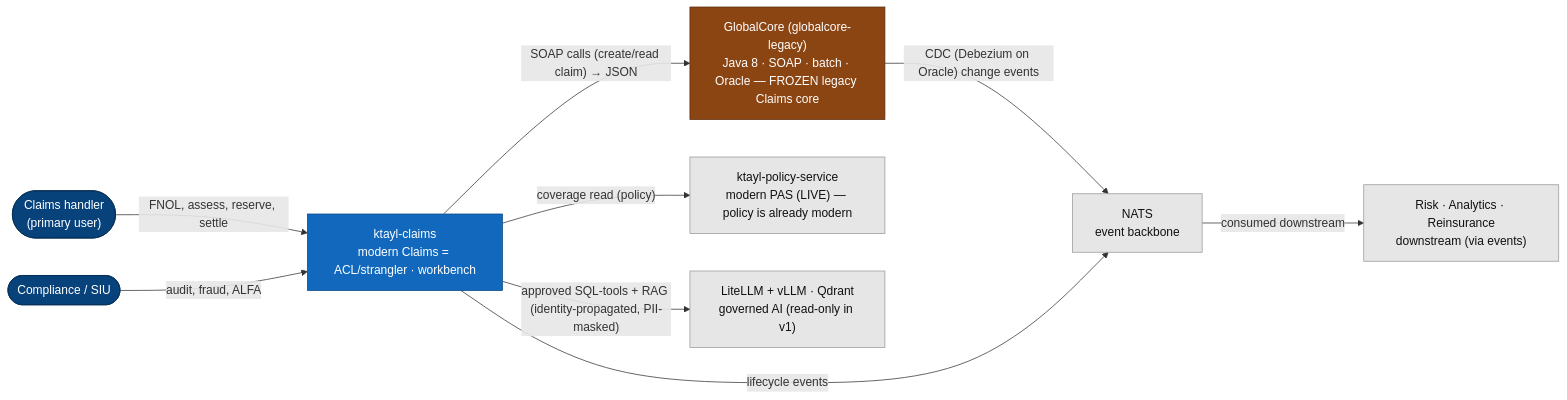
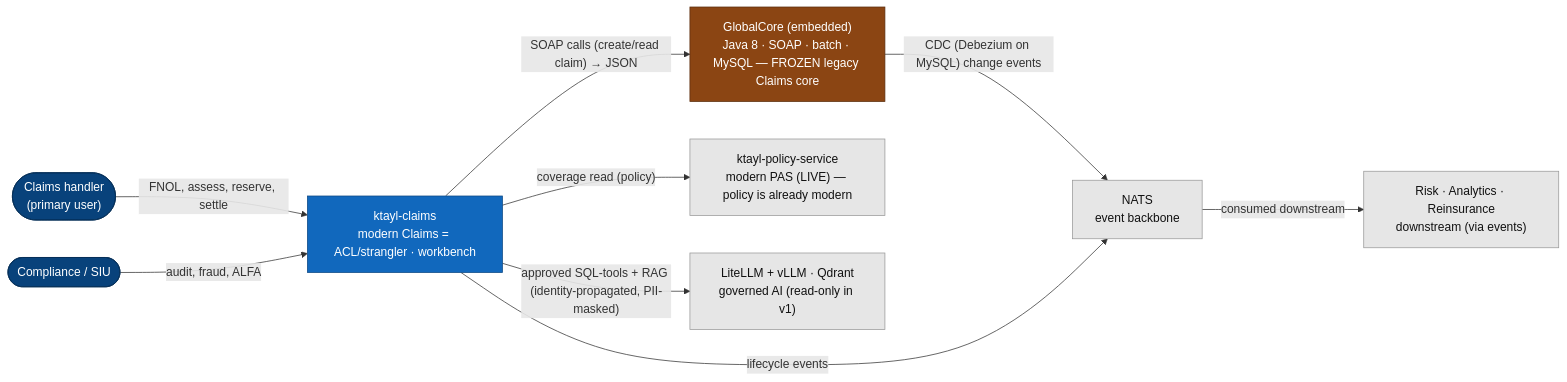
Before and after one commit to andrelair-platform/ktayl-claims: the first of 3 diagrams in docs/architecture/solution-architecture.md, drawn with Mermaid. The commit also changed other lines of this file and 3 other files, not shown here.

First line of the commit message:
docs(claims): reconcile legacy DB to MySQL 8 across ADR + PRD/SA/sprint (#25)

````diff
--- a/docs/architecture/solution-architecture.md
+++ b/docs/architecture/solution-architecture.md
@@ -33,31 +36,31 @@
 ```mermaid
 flowchart LR
   handler(["Claims handler<br/>(primary user)"])
   compliance(["Compliance / SIU"])
 
   claims["ktayl-claims<br/>modern Claims = ACL/strangler · workbench"]
 
-  legacy["GlobalCore (globalcore-legacy)<br/>Java 8 · SOAP · batch · Oracle — FROZEN legacy Claims core"]
+  legacy["GlobalCore (embedded)<br/>Java 8 · SOAP · batch · MySQL — FROZEN legacy Claims core"]
   pas["ktayl-policy-service<br/>modern PAS (LIVE) — policy is already modern"]
   bus["NATS<br/>event backbone"]
   ai["LiteLLM + vLLM · Qdrant<br/>governed AI (read-only in v1)"]
   down["Risk · Analytics · Reinsurance<br/>downstream (via events)"]
 
   handler -->|"FNOL, assess, reserve, settle"| claims
   compliance -->|"audit, fraud, ALFA"| claims
   claims -->|"SOAP calls (create/read claim) → JSON"| legacy
   claims -->|"coverage read (policy)"| pas
-  legacy -->|"CDC (Debezium on Oracle) change events"| bus
+  legacy -->|"CDC (Debezium on MySQL) change events"| bus
   claims -->|"lifecycle events"| bus
   bus -->|"consumed downstream"| down
   claims -->|"approved SQL-tools + RAG (identity-propagated, PII-masked)"| ai
 
   classDef person fill:#08427b,stroke:#052e56,color:#fff
   classDef sys fill:#1168bd,stroke:#0b4884,color:#fff
   classDef legacy fill:#8B4513,stroke:#5c2e0e,color:#fff
   classDef ext fill:#e6e6e6,stroke:#999,color:#111
   class handler,compliance person
   class claims sys
   class legacy legacy
   class pas,bus,ai,down ext
 ```
````
